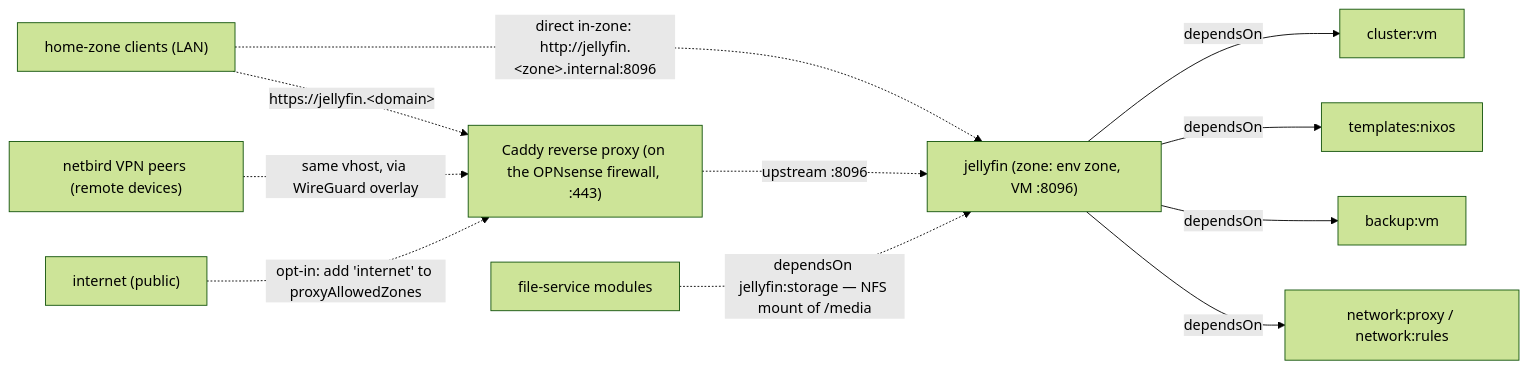
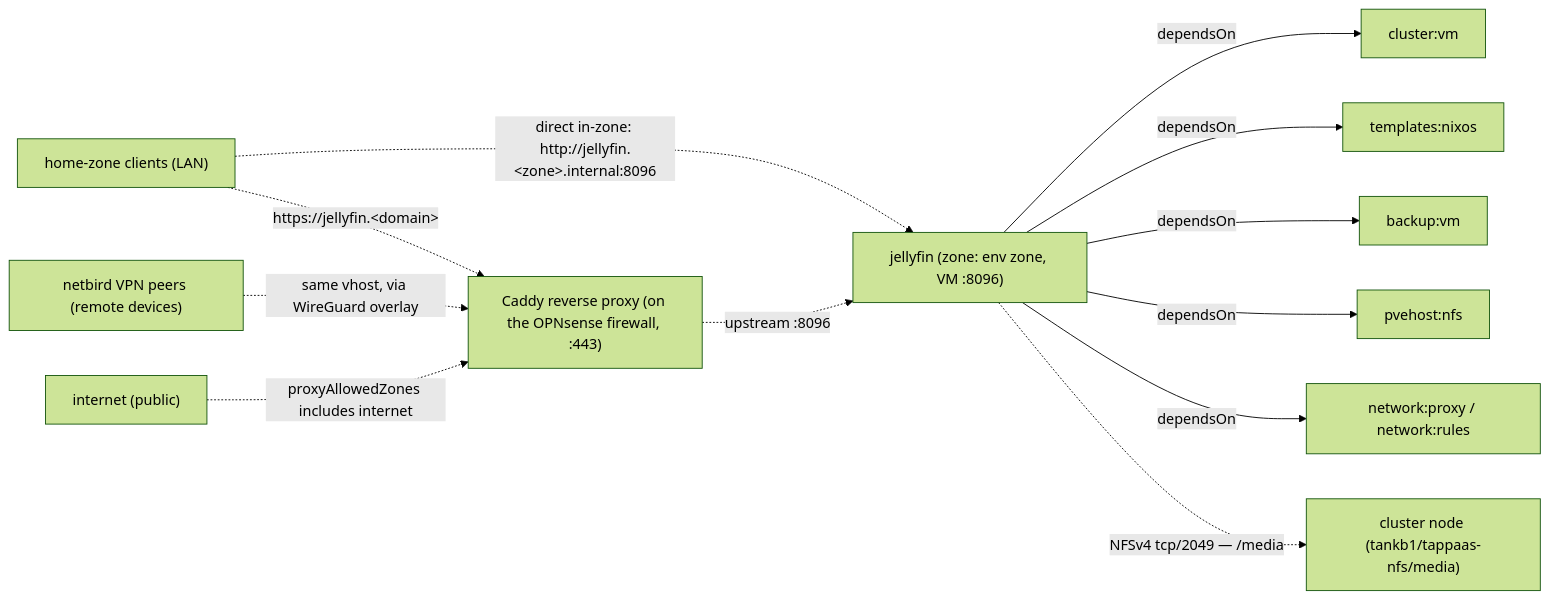
One commit to TAPPaaS/TAPPaaS changed the diagram in src/home/jellyfin/README.md. Above: the diagram before and after it, drawn with Mermaid (forest theme). The commit also changed other lines of this file and 15 other files, not shown here.

First line of the commit message:
feat(jellyfin): media on a pvehost:nfs share; drop its two services

````diff
--- a/src/home/jellyfin/README.md
+++ b/src/home/jellyfin/README.md
@@ -87,26 +66,27 @@
 ```mermaid
 graph LR
     jellyfin["jellyfin (zone: env zone, VM :8096)"]
     cluster["cluster:vm"]
     templates["templates:nixos"]
     backup["backup:vm"]
+    nfs["pvehost:nfs"]
     netproxy["network:proxy / network:rules"]
+    node["cluster node (tankb1/tappaas-nfs/media)"]
     caddy["Caddy reverse proxy (on the OPNsense firewall, :443)"]
     homeclients["home-zone clients (LAN)"]
     vpnpeers["netbird VPN peers (remote devices)"]
     internet["internet (public)"]
-    fileservice["file-service modules"]
 
     jellyfin -->|dependsOn| cluster
     jellyfin -->|dependsOn| templates
     jellyfin -->|dependsOn| backup
+    jellyfin -->|dependsOn| nfs
     jellyfin -->|dependsOn| netproxy
 
+    jellyfin -.->|"NFSv4 tcp/2049 — /media"| node
     homeclients -.->|"https://jellyfin.&lt;domain&gt;"| caddy
     homeclients -.->|"direct in-zone: http://jellyfin.&lt;zone&gt;.internal:8096"| jellyfin
     vpnpeers -.->|"same vhost, via WireGuard overlay"| caddy
-    internet -.->|"opt-in: add 'internet' to proxyAllowedZones"| caddy
+    internet -.->|"proxyAllowedZones includes internet"| caddy
     caddy -.->|"upstream :8096"| jellyfin
-
-    fileservice -.->|"dependsOn jellyfin:storage — NFS mount of /media"| jellyfin
 ```
````
